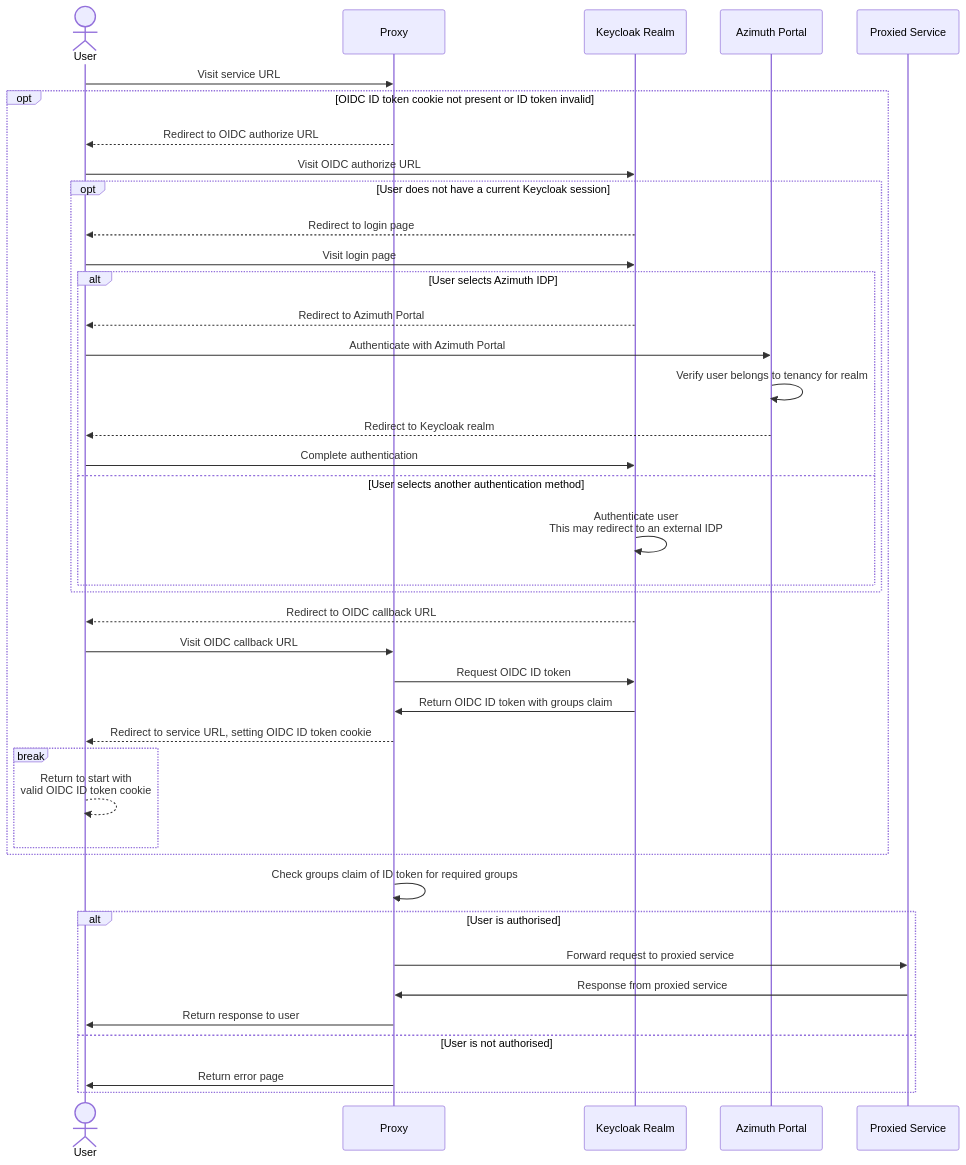
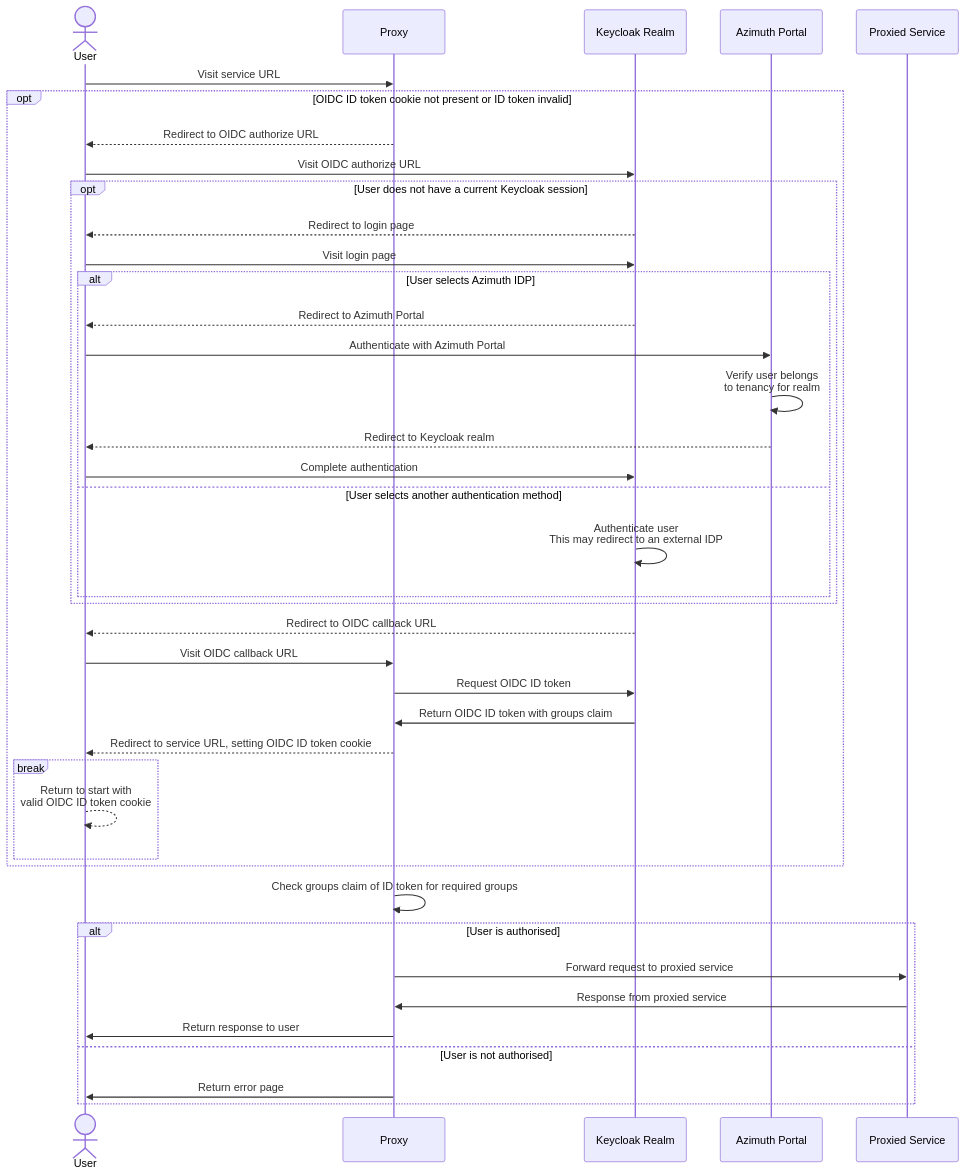
Before and after one commit to azimuth-cloud/azimuth-config: the diagram in docs/architecture/identity.md, drawn with Mermaid.

Commit message:
Fix formatting

````diff
--- a/docs/architecture/identity.md
+++ b/docs/architecture/identity.md
@@ -73,43 +73,43 @@
 ```mermaid
 sequenceDiagram
   actor U as User
   participant P as Proxy
   participant R as Keycloak Realm
   participant A as Azimuth Portal
   participant S as Proxied Service
 
   U ->> P: Visit service URL
   opt OIDC ID token cookie not present or ID token invalid
     P -->> U: Redirect to OIDC authorize URL
     U ->> R: Visit OIDC authorize URL
     opt User does not have a current Keycloak session
       R -->> U: Redirect to login page
       U ->> R: Visit login page
       alt User selects Azimuth IDP
         R -->> U: Redirect to Azimuth Portal
         U ->> A: Authenticate with Azimuth Portal
-        A ->> A: Verify user belongs to tenancy for realm
+        A ->> A: Verify user belongs<br/>to tenancy for realm
         A -->> U: Redirect to Keycloak realm
         U ->> R: Complete authentication
       else User selects another authentication method
         R ->> R: Authenticate user<br/>This may redirect to an external IDP
       end
     end
     R -->> U: Redirect to OIDC callback URL
     U ->> P: Visit OIDC callback URL
     P ->> R: Request OIDC ID token
     R ->> P: Return OIDC ID token with groups claim
     P -->> U: Redirect to service URL, setting OIDC ID token cookie
     break
       U -->> U: Return to start with<br/>valid OIDC ID token cookie
     end
   end
   P ->> P: Check groups claim of ID token for required groups
   alt User is authorised
     P ->> S: Forward request to proxied service
     S ->> P: Response from proxied service
     P ->> U: Return response to user
   else User is not authorised
     P ->> U: Return error page
   end
 ```
````
